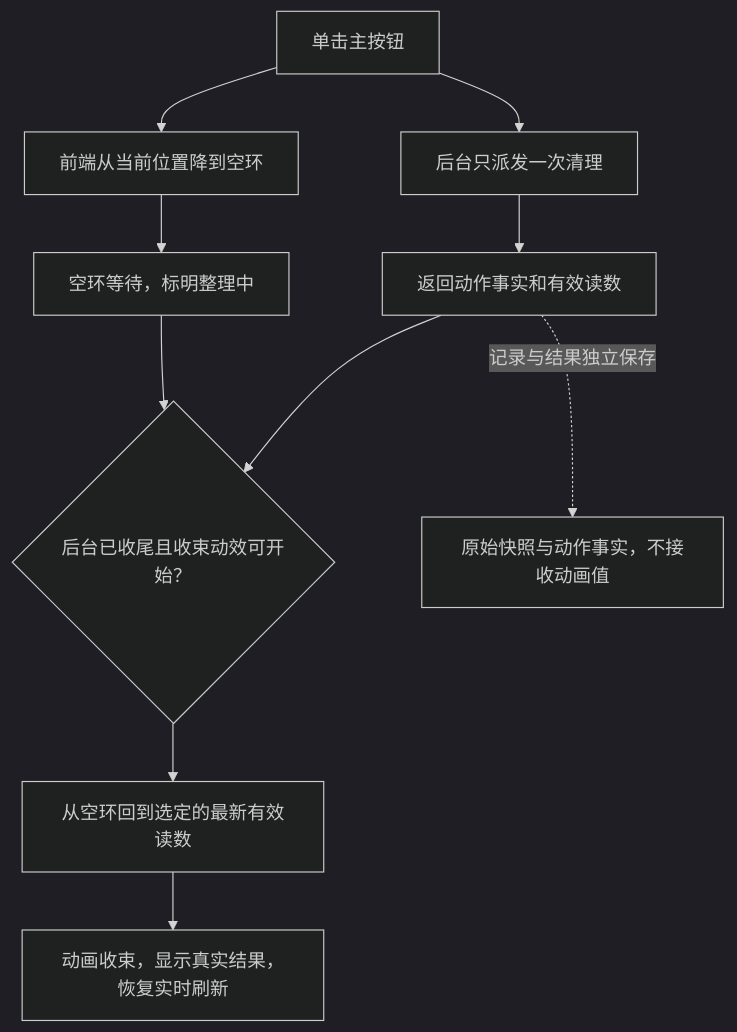
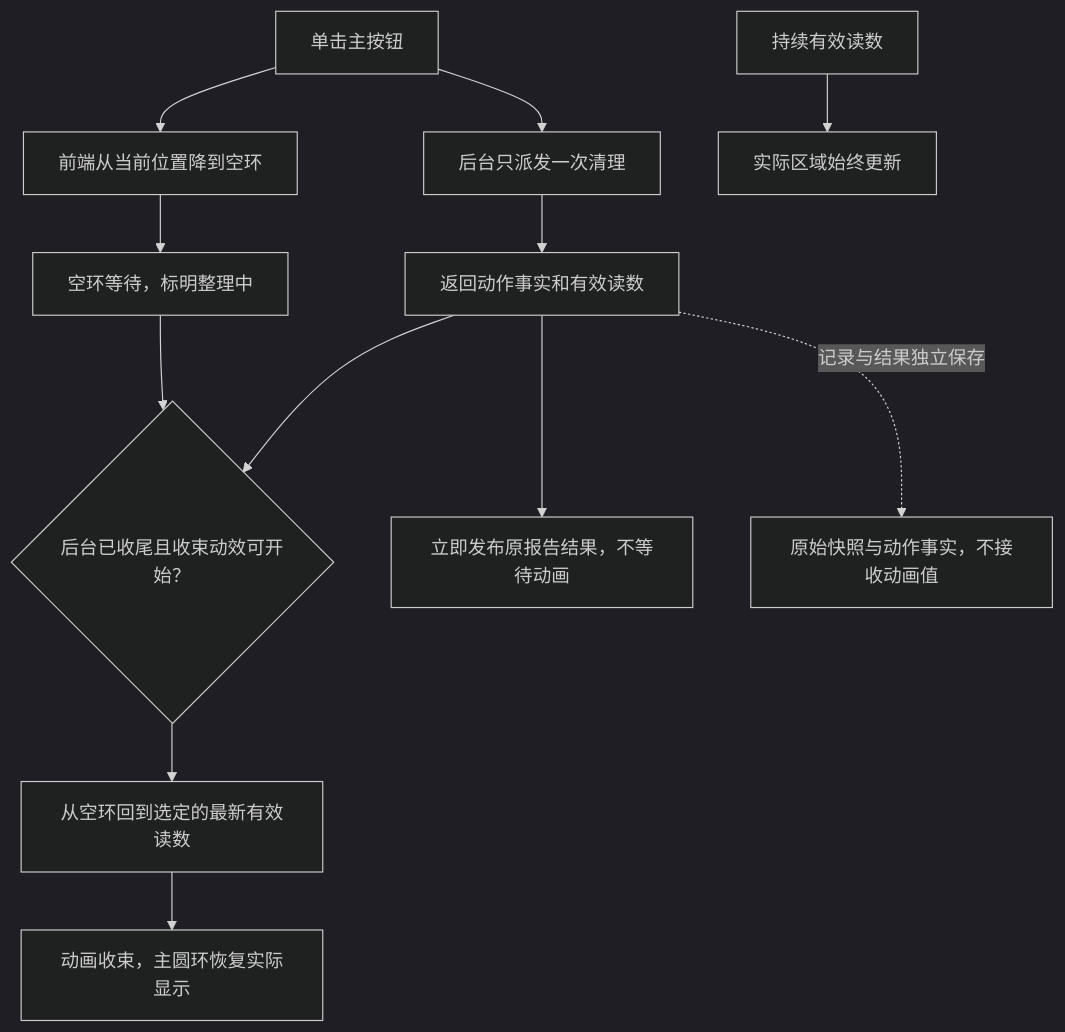
One commit to DreamSoul-AI/cpu-memory-cleanup changed the sixth of 6 diagrams in docs/通用调研 General Research CPU 内存清理.md. Above: the diagram before and after it, drawn with Mermaid (dark theme). The commit also changed other lines of this file and 16 other files, not shown here.

````diff
--- a/docs/通用调研 General Research CPU 内存清理.md
+++ b/docs/通用调研 General Research CPU 内存清理.md
@@ -522,12 +522,14 @@
 ```mermaid
 flowchart TD
     CLICK["单击主按钮"] --> BACKEND["后台只派发一次清理"]
     CLICK --> EMPTY["前端从当前位置降到空环"]
     EMPTY --> WAIT["空环等待，标明整理中"]
     BACKEND --> FACT["返回动作事实和有效读数"]
     WAIT --> JOIN{"后台已收尾且收束动效可开始？"}
     FACT --> JOIN
     JOIN --> RETURN["从空环回到选定的最新有效读数"]
-    RETURN --> DONE["动画收束，显示真实结果，恢复实时刷新"]
+    RETURN --> DONE["动画收束，主圆环恢复实际显示"]
+    FACT --> RESULT["立即发布原报告结果，不等待动画"]
+    LIVE["持续有效读数"] --> ACTUAL["实际区域始终更新"]
     FACT -."记录与结果独立保存".-> RECORD["原始快照与动作事实，不接收动画值"]
 ```
````
